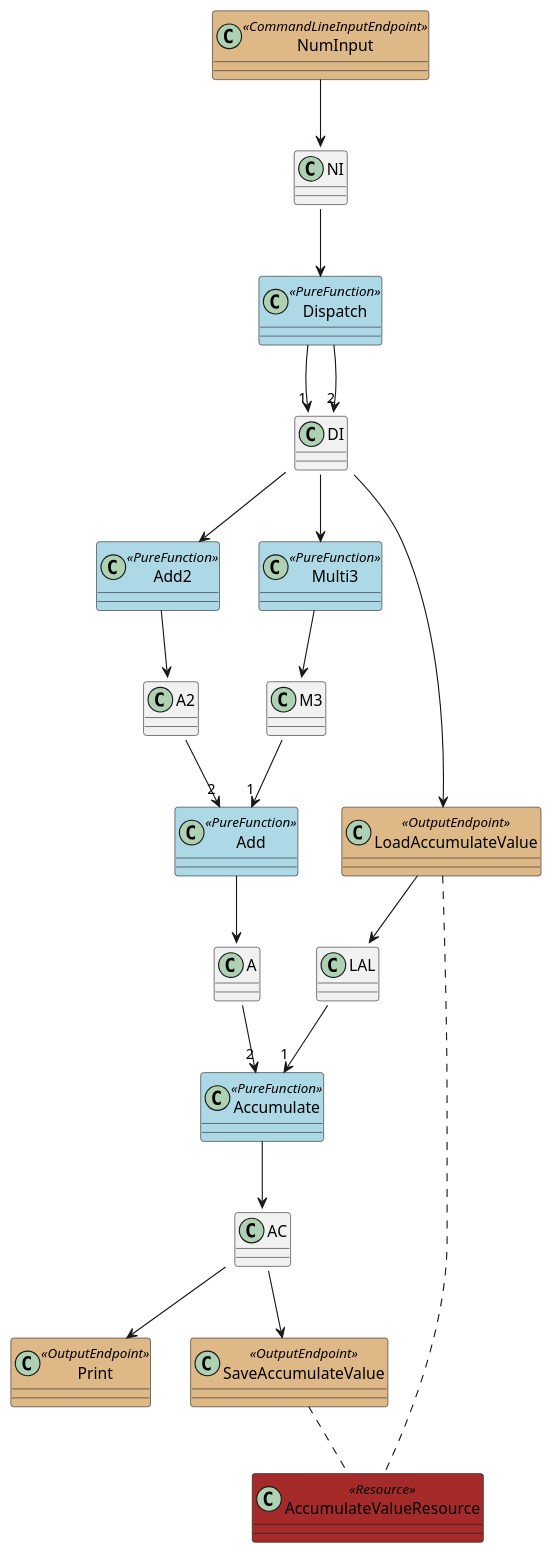
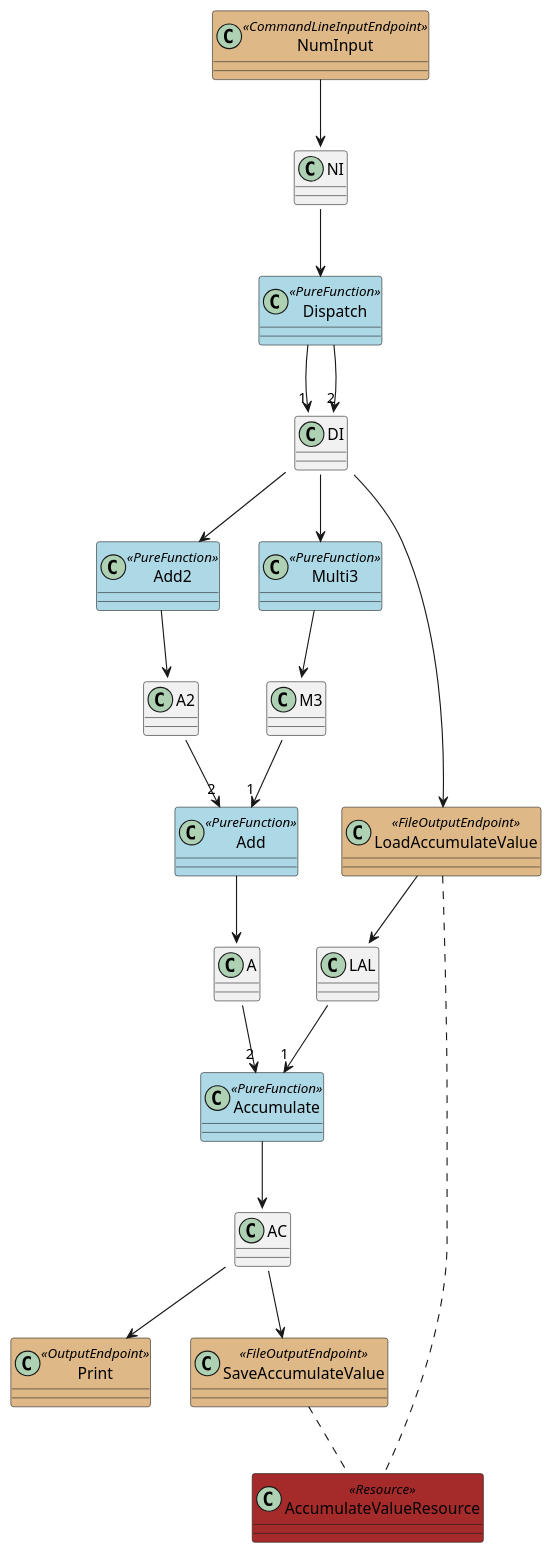
One commit to notyy/scala_template_typeflow changed the diagram in typeflow/newModel_v1_state.puml. Above: the diagram before and after it, drawn with PlantUML. The commit also changed 4 other files, not shown here.

```diff
--- a/typeflow/newModel_v1_state.puml
+++ b/typeflow/newModel_v1_state.puml
@@ -2,44 +2,45 @@
 @startuml
 
 skinparam class {
 	BackgroundColor<<CommandLineInputEndpoint>> BurlyWood
     BackgroundColor<<CommandLineArgsInputEndpoint>> BurlyWood
     BackgroundColor<<AliyunHttpInputEndpoint>> BurlyWood
     BackgroundColor<<OutputEndpoint>> BurlyWood
+    BackgroundColor<<FileOutputEndpoint>> BurlyWood
     BackgroundColor<<PureFunction>> LightBlue
     BackgroundColor<<AlternativePath>> Crimson
     BackgroundColor<<Resource>> Brown
 }
 
 class NumInput <<CommandLineInputEndpoint>>
 class Add2 <<PureFunction>>
 class Add <<PureFunction>>
 class Print <<OutputEndpoint>>
 class Multi3 <<PureFunction>>
 class Accumulate <<PureFunction>>
-class LoadAccumulateValue <<OutputEndpoint>>
-class SaveAccumulateValue <<OutputEndpoint>>
+class LoadAccumulateValue <<FileOutputEndpoint>>
+class SaveAccumulateValue <<FileOutputEndpoint>>
 class AccumulateValueResource <<Resource>>
 class Dispatch <<PureFunction>>
 
 LoadAccumulateValue .. AccumulateValueResource
 SaveAccumulateValue .. AccumulateValueResource
 NumInput --> NI::Integer
 NI::Integer --> Dispatch
 Dispatch --> "1" DI::Integer
 Dispatch --> "2" DI::Unit
 DI::Unit --> LoadAccumulateValue
 LoadAccumulateValue --> LAL::Integer
 LAL::Integer --> "1" Accumulate
 DI::Integer --> Add2
 DI::Integer --> Multi3
 Add2 --> A2::Integer
 A2::Integer --> "2" Add
 Multi3 --> M3::Integer
 M3::Integer --> "1" Add
 Add --> A::Integer
 A::Integer --> "2" Accumulate
 Accumulate --> AC::Integer
 AC::Integer --> Print
 AC::Integer --> SaveAccumulateValue
 @enduml
```
